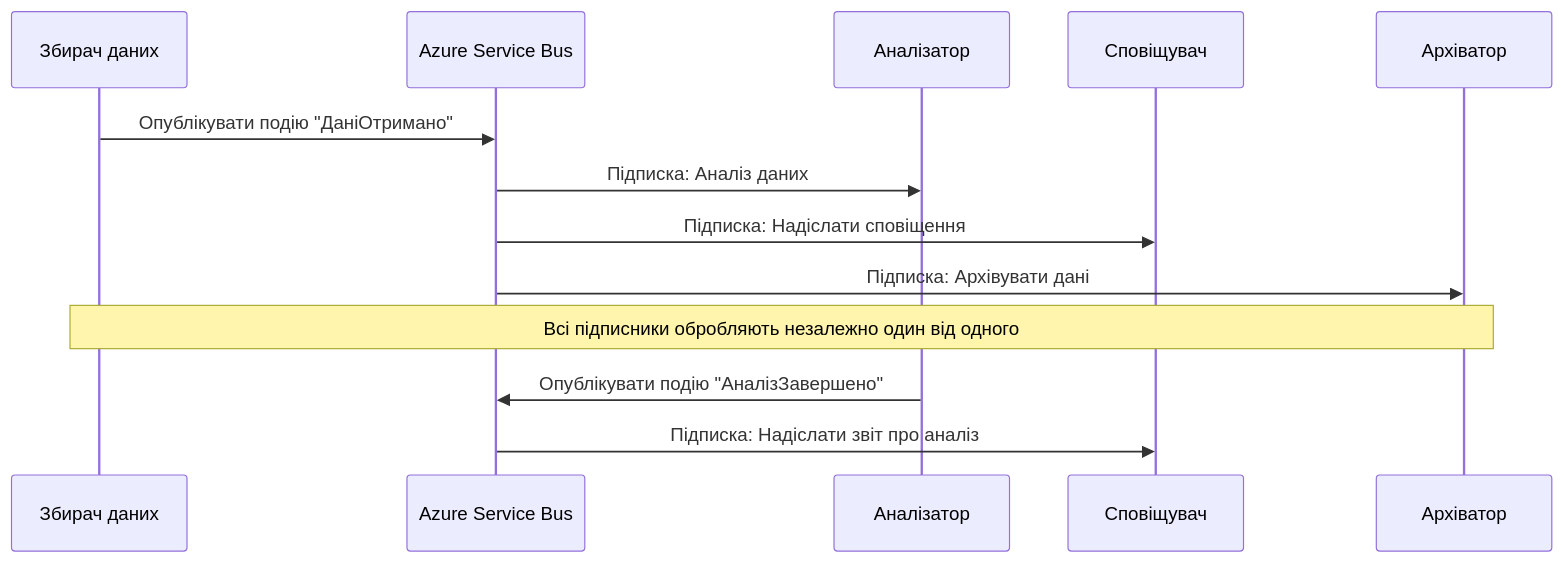
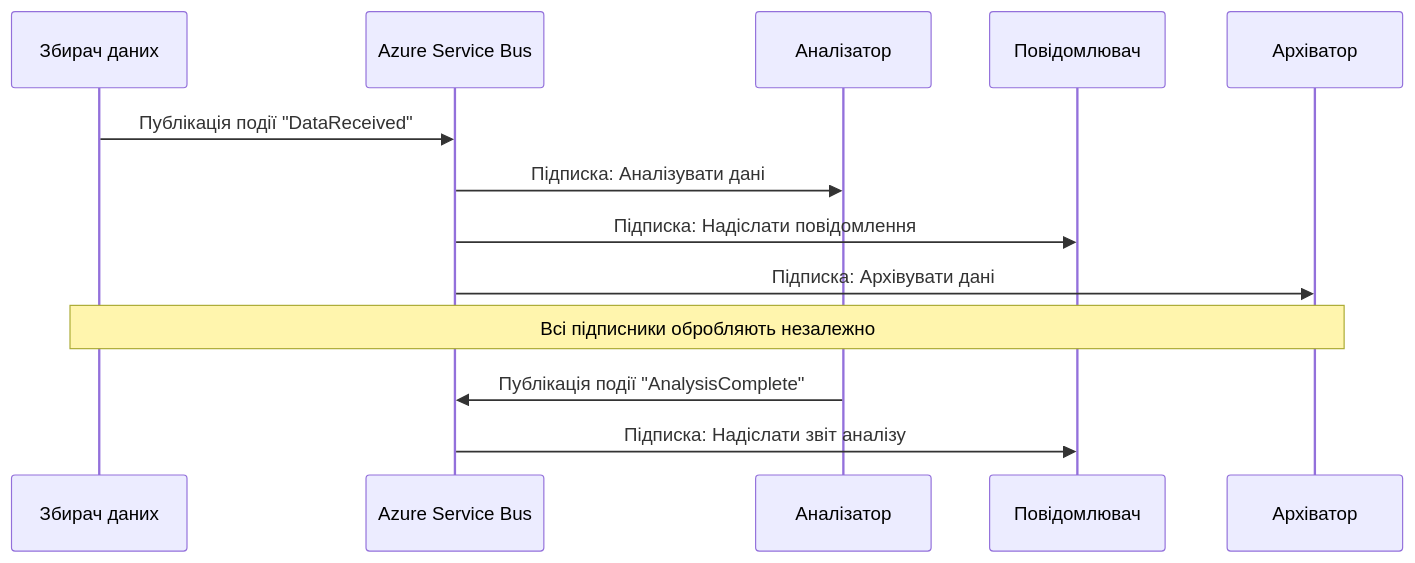
One commit to microsoft/AZD-for-beginners changed the fourth of 6 diagrams in translations/uk/docs/chapter-06-pre-deployment/coordination-patterns.md. Above: the diagram before and after it, drawn with Mermaid. The commit also changed other lines of this file and 101 other files, not shown here.

````diff
--- a/translations/uk/docs/chapter-06-pre-deployment/coordination-patterns.md
+++ b/translations/uk/docs/chapter-06-pre-deployment/coordination-patterns.md
@@ -192,18 +185,18 @@
 ```mermaid
 sequenceDiagram
     participant Agent1 as Збирач даних
     participant EventBus as Azure Service Bus
     participant Agent2 as Аналізатор
-    participant Agent3 as Сповіщувач
+    participant Agent3 as Повідомлювач
     participant Agent4 as Архіватор
     
-    Agent1->>EventBus: Опублікувати подію "ДаніОтримано"
-    EventBus->>Agent2: Підписка: Аналіз даних
-    EventBus->>Agent3: Підписка: Надіслати сповіщення
+    Agent1->>EventBus: Публікація події "DataReceived"
+    EventBus->>Agent2: Підписка: Аналізувати дані
+    EventBus->>Agent3: Підписка: Надіслати повідомлення
     EventBus->>Agent4: Підписка: Архівувати дані
     
-    Note over Agent1,Agent4: Всі підписники обробляють незалежно один від одного
+    Note over Agent1,Agent4: Всі підписники обробляють незалежно
     
-    Agent2->>EventBus: Опублікувати подію "АналізЗавершено"
-    EventBus->>Agent3: Підписка: Надіслати звіт про аналіз
+    Agent2->>EventBus: Публікація події "AnalysisComplete"
+    EventBus->>Agent3: Підписка: Надіслати звіт аналізу
 ```
````
